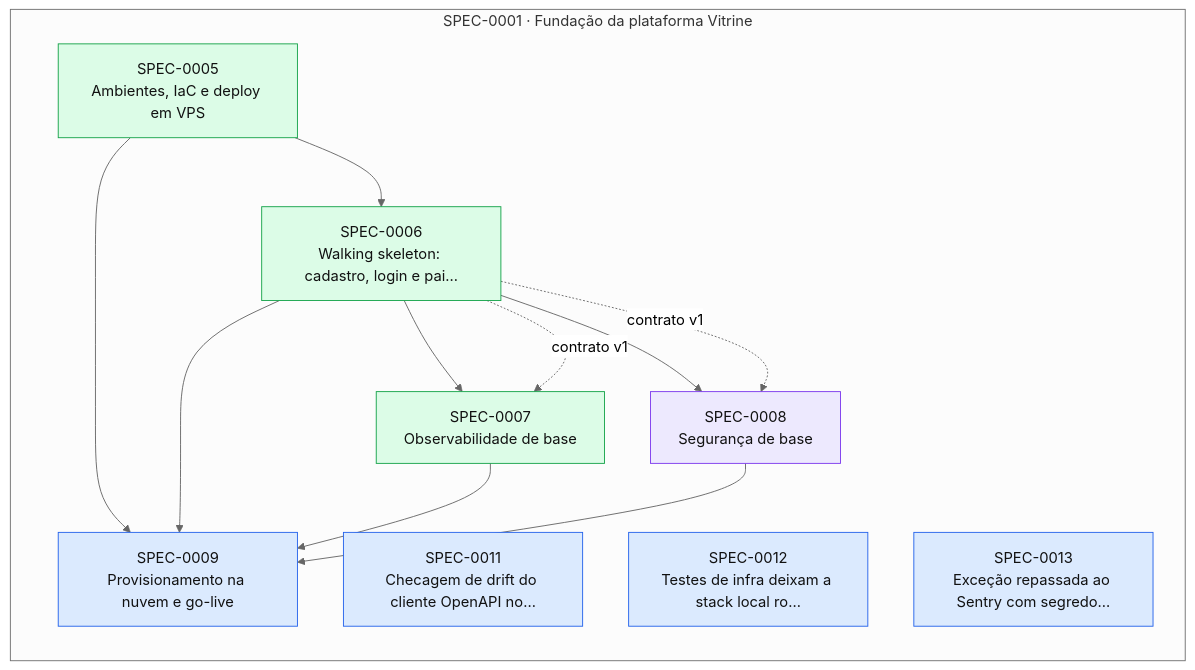
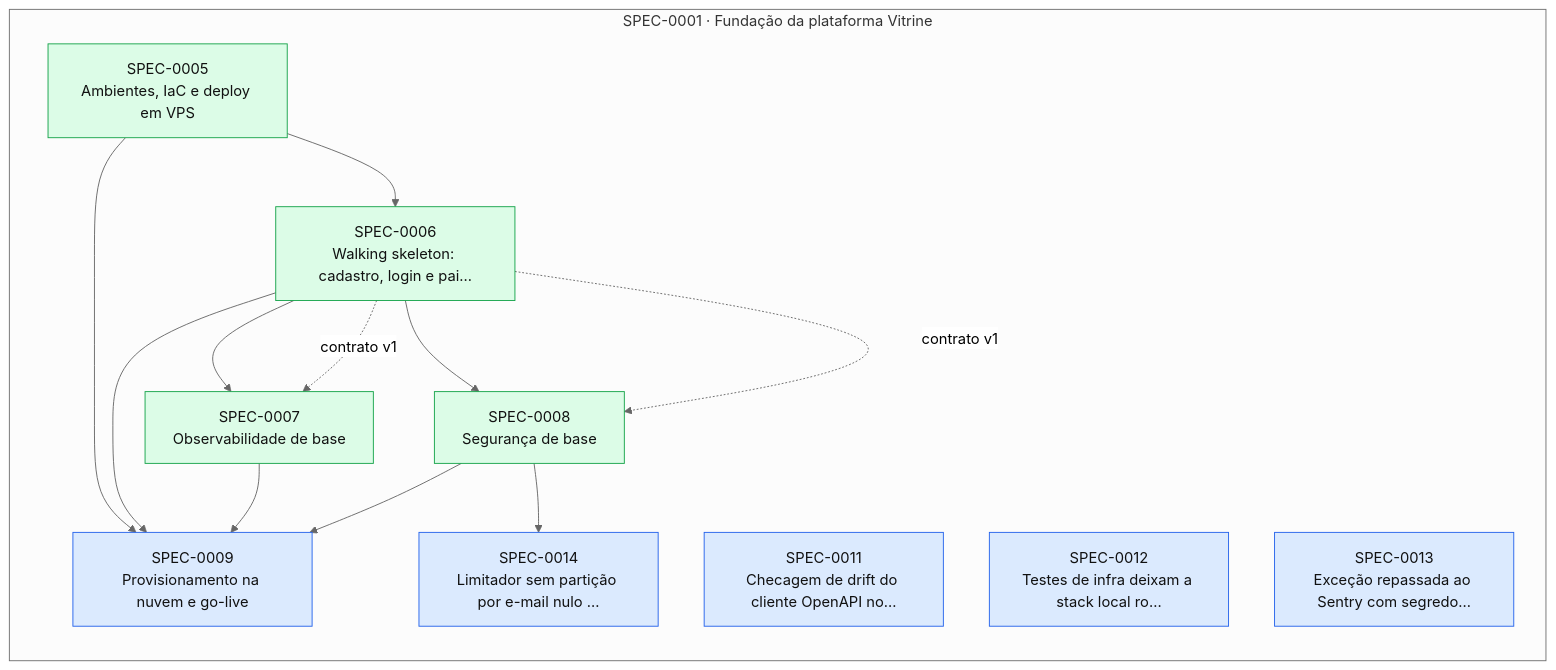
The diagram in docs/specs/INDEX.md (thomasravache/vitrine), drawn with Mermaid (neutral theme) before and after one commit. The commit also changed other lines of this file and 5 other files, not shown here.

First line of the commit message:
docs(specs): fecha a SPEC-0008 segurança de base

````diff
--- a/docs/specs/INDEX.md
+++ b/docs/specs/INDEX.md
@@ -60,27 +60,29 @@
 ```mermaid
 flowchart LR
   subgraph E0001["SPEC-0001 · Fundação da plataforma Vitrine"]
     S0005["SPEC-0005<br/>Ambientes, IaC e deploy em VPS"]:::implemented
     S0006["SPEC-0006<br/>Walking skeleton: cadastro, login e pai…"]:::implemented
     S0007["SPEC-0007<br/>Observabilidade de base"]:::implemented
-    S0008["SPEC-0008<br/>Segurança de base"]:::inprogress
+    S0008["SPEC-0008<br/>Segurança de base"]:::implemented
     S0009["SPEC-0009<br/>Provisionamento na nuvem e go-live"]:::approved
     S0011["SPEC-0011<br/>Checagem de drift do cliente OpenAPI no…"]:::approved
     S0012["SPEC-0012<br/>Testes de infra deixam a stack local ro…"]:::approved
     S0013["SPEC-0013<br/>Exceção repassada ao Sentry com segredo…"]:::approved
+    S0014["SPEC-0014<br/>Limitador sem partição por e-mail nulo …"]:::approved
   end
   S0005 --> S0006
   S0006 --> S0007
   S0006 -. contrato v1 .-> S0007
   S0006 --> S0008
   S0006 -. contrato v1 .-> S0008
   S0005 --> S0009
   S0006 --> S0009
   S0007 --> S0009
   S0008 --> S0009
+  S0008 --> S0014
   classDef proposed fill:#fef3c7,stroke:#d97706,color:#111
   classDef approved fill:#dbeafe,stroke:#2563eb,color:#111
   classDef inprogress fill:#ede9fe,stroke:#7c3aed,color:#111
   classDef implemented fill:#dcfce7,stroke:#16a34a,color:#111
   classDef deprecated fill:#f3f4f6,stroke:#9ca3af,color:#6b7280
 ```
````
